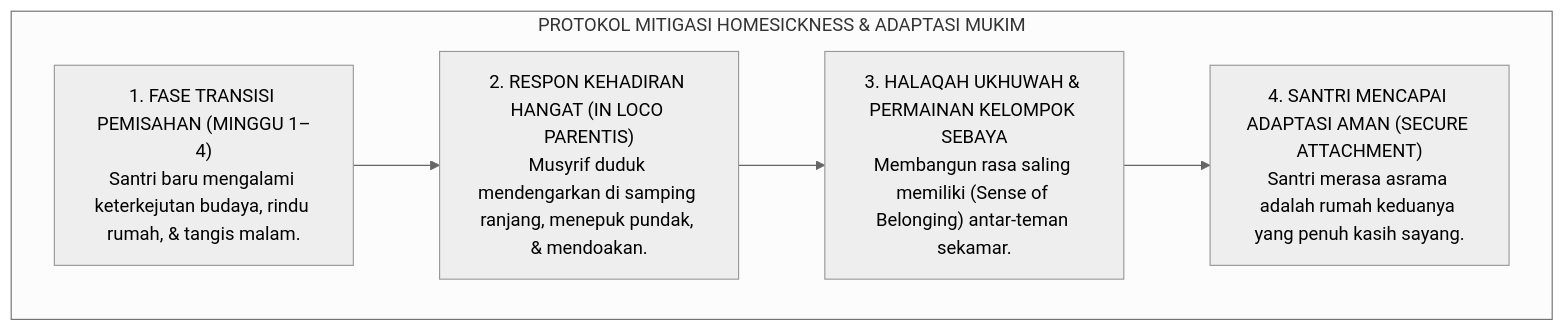
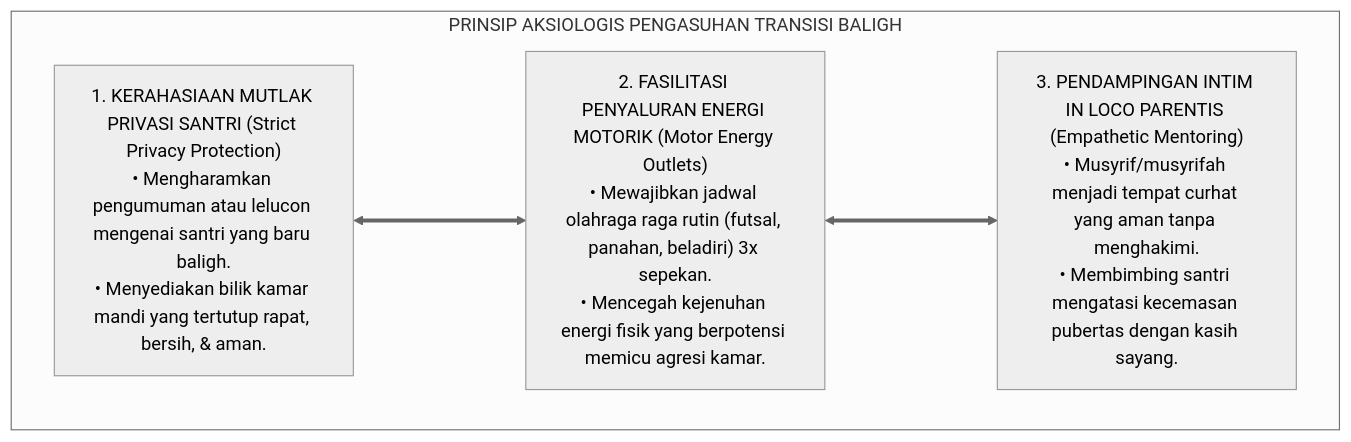
The fifth of 5 diagrams in 01 Philosophy/03 Human Development/P1-03-05-Krisis-Biososial-dan-Transisi-Pubertas-Santri.md (wandiapriliyandi/tumbuh), drawn with Mermaid (neutral theme) before and after one commit. The commit also changed other lines of this file and 7 other files, not shown here.

````diff
--- a/01 Philosophy/03 Human Development/P1-03-05-Krisis-Biososial-dan-Transisi-Pubertas-Santri.md
+++ b/01 Philosophy/03 Human Development/P1-03-05-Krisis-Biososial-dan-Transisi-Pubertas-Santri.md
@@ -121,14 +183,13 @@
 ```mermaid
 flowchart TD
-    subgraph MitigasiHomesicknessSantri["PROTOKOL MITIGASI HOMESICKNESS & ADAPTASI MUKIM"]
-        Pemisahan["1. FASE TRANSISI PEMISAHAN (MINGGU 1–4)<br/>Santri baru mengalami keterkejutan budaya, rindu rumah, & tangis malam."]
+    subgraph EtikaTataKelolaBaligh["PRINSIP AKSIOLOGIS PENGASUHAN TRANSISI BALIGH"]
         
-        KehadiranMusyrif["2. RESPON KEHADIRAN HANGAT (IN LOCO PARENTIS)<br/>Musyrif duduk mendengarkan di samping ranjang, menepuk pundak, & mendoakan."]
+        B_E1["1. KERAHASIAAN MUTLAK PRIVASI SANTRI (Strict Privacy Protection)<br/>• Mengharamkan pengumuman atau lelucon mengenai santri yang baru baligh.<br/>• Menyediakan bilik kamar mandi yang tertutup rapat, bersih, & aman."]
         
-        HalaqahKamar["3. HALAQAH UKHUWAH & PERMAINAN KELOMPOK SEBAYA<br/>Membangun rasa saling memiliki (Sense of Belonging) antar-teman sekamar."]
+        B_E2["2. FASILITASI PENYALURAN ENERGI MOTORIK (Motor Energy Outlets)<br/>• Mewajibkan jadwal olahraga raga rutin (futsal, panahan, beladiri) 3x sepekan.<br/>• Mencegah kejenuhan energi fisik yang berpotensi memicu agresi kamar."]
         
-        ResiliensiTumbuh["4. SANTRI MENCAPAI ADAPTASI AMAN (SECURE ATTACHMENT)<br/>Santri merasa asrama adalah rumah keduanya yang penuh kasih sayang."]
+        B_E3["3. PENDAMPINGAN INTIM IN LOCO PARENTIS (Empathetic Mentoring)<br/>• Musyrif/musyrifah menjadi tempat curhat yang aman tanpa menghakimi.<br/>• Membimbing santri mengatasi kecemasan pubertas dengan kasih sayang."]
         
-        Pemisahan --> KehadiranMusyrif --> HalaqahKamar --> ResiliensiTumbuh
+        B_E1 <===> B_E2 <===> B_E3
     end
 ```
````
